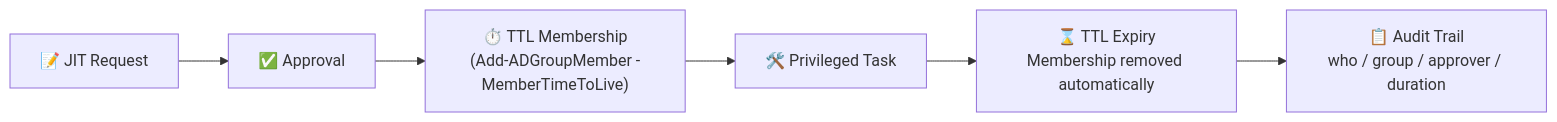
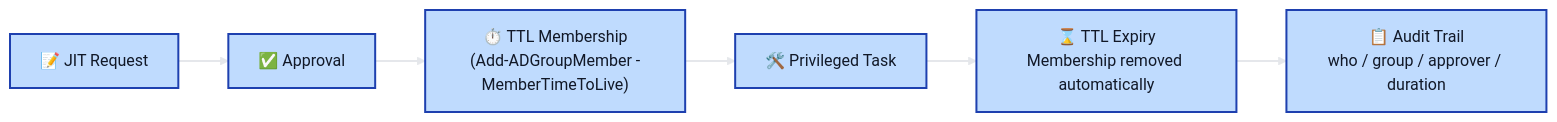
One commit to 0xMati/Tech-Blog changed the second of 2 diagrams in Security/Active Directory/Active Directory Tiering Model (OnPrem)/Active Directory Tiering Model for On-Prem Environment.md. Above: the diagram before and after it, drawn with Mermaid. The commit also changed other lines of this file, not shown here.

````diff
--- a/Security/Active Directory/Active Directory Tiering Model (OnPrem)/Active Directory Tiering Model for On-Prem Environment.md
+++ b/Security/Active Directory/Active Directory Tiering Model (OnPrem)/Active Directory Tiering Model for On-Prem Environment.md
@@ -3237,8 +3243,17 @@
 ```mermaid
 flowchart LR
     REQ["📝 JIT Request"] --> APR["✅ Approval"]
     APR --> ELEV["⏱️ TTL Membership\n(Add-ADGroupMember -MemberTimeToLive)"]
     ELEV --> TASK["🛠️ Privileged Task"]
     TASK --> EXP["⌛ TTL Expiry\nMembership removed automatically"]
     EXP --> AUD["📋 Audit Trail\nwho / group / approver / duration"]
+
+    classDef step fill:#bfdbfe,stroke:#1e40af,stroke-width:2px,color:#111827;
+    class REQ,APR,ELEV,TASK,EXP,AUD step;
+
+    linkStyle 0 stroke:#e5e7eb,stroke-width:2px;
+    linkStyle 1 stroke:#e5e7eb,stroke-width:2px;
+    linkStyle 2 stroke:#e5e7eb,stroke-width:2px;
+    linkStyle 3 stroke:#e5e7eb,stroke-width:2px;
+    linkStyle 4 stroke:#e5e7eb,stroke-width:2px;
 ```
````
